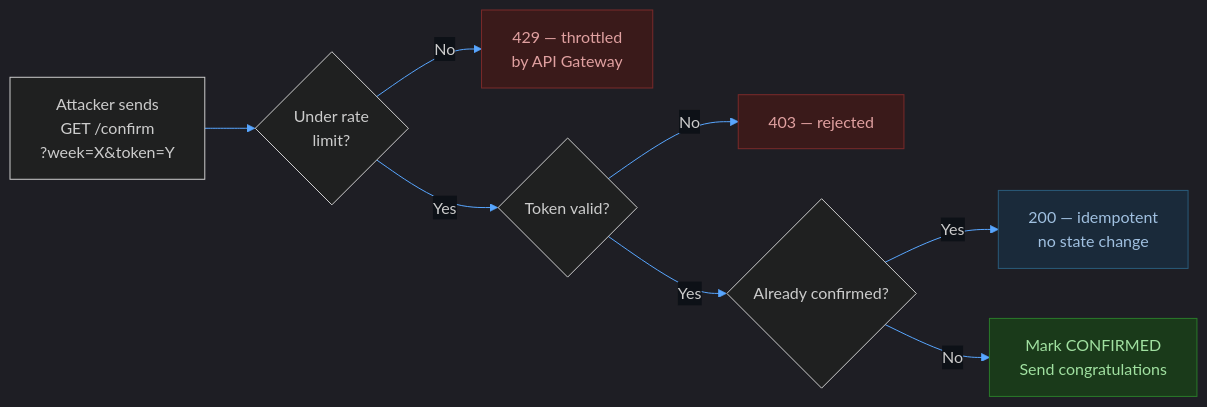
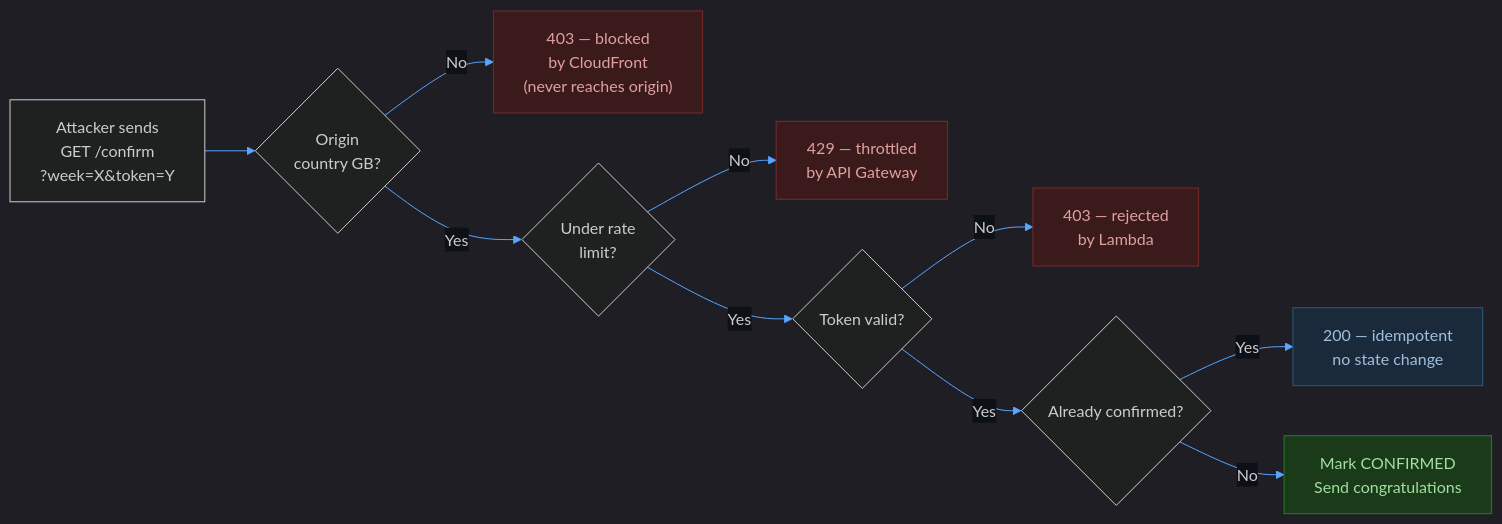
The second of 6 diagrams in docs/threat-model.md (baldrickuk/washingmachine-notifications), drawn with Mermaid before and after one commit. The commit also changed other lines of this file and 1 other file, not shown here.

First line of the commit message:
Update docs for CloudFront GB geo restriction

````diff
--- a/docs/threat-model.md
+++ b/docs/threat-model.md
@@ -90,17 +92,20 @@
 ```mermaid
 %%{init: {'theme': 'dark', 'themeVariables': {'primaryColor': '#1e3a5f', 'primaryTextColor': '#c9d1d9', 'primaryBorderColor': '#4a7ab5', 'lineColor': '#58a6ff', 'edgeLabelBackground': '#0d1117'}}}%%
 
 flowchart LR
-    A["Attacker sends\nGET /confirm\n?week=X&token=Y"] --> RL{Under rate\nlimit?}
+    A["Attacker sends\nGET /confirm\n?week=X&token=Y"] --> GEO{Origin\ncountry GB?}
+    GEO -- No --> R403GEO["403 — blocked\nby CloudFront\n(never reaches origin)"]
+    GEO -- Yes --> RL{Under rate\nlimit?}
     RL -- No --> R429["429 — throttled\nby API Gateway"]
     RL -- Yes --> B{Token valid?}
-    B -- No --> C["403 — rejected"]
+    B -- No --> C["403 — rejected\nby Lambda"]
     B -- Yes --> D{Already confirmed?}
     D -- Yes --> E["200 — idempotent\nno state change"]
     D -- No --> F["Mark CONFIRMED\nSend congratulations"]
 
+    style R403GEO fill:#3a1a1a,stroke:#7a2a2a,color:#e0a0a0
     style R429 fill:#3a1a1a,stroke:#7a2a2a,color:#e0a0a0
     style C fill:#3a1a1a,stroke:#7a2a2a,color:#e0a0a0
     style E fill:#1a2a3a,stroke:#2a5a7a,color:#a0c0e0
     style F fill:#1a3a1a,stroke:#2a7a2a,color:#a0e0a0
 ```
````
